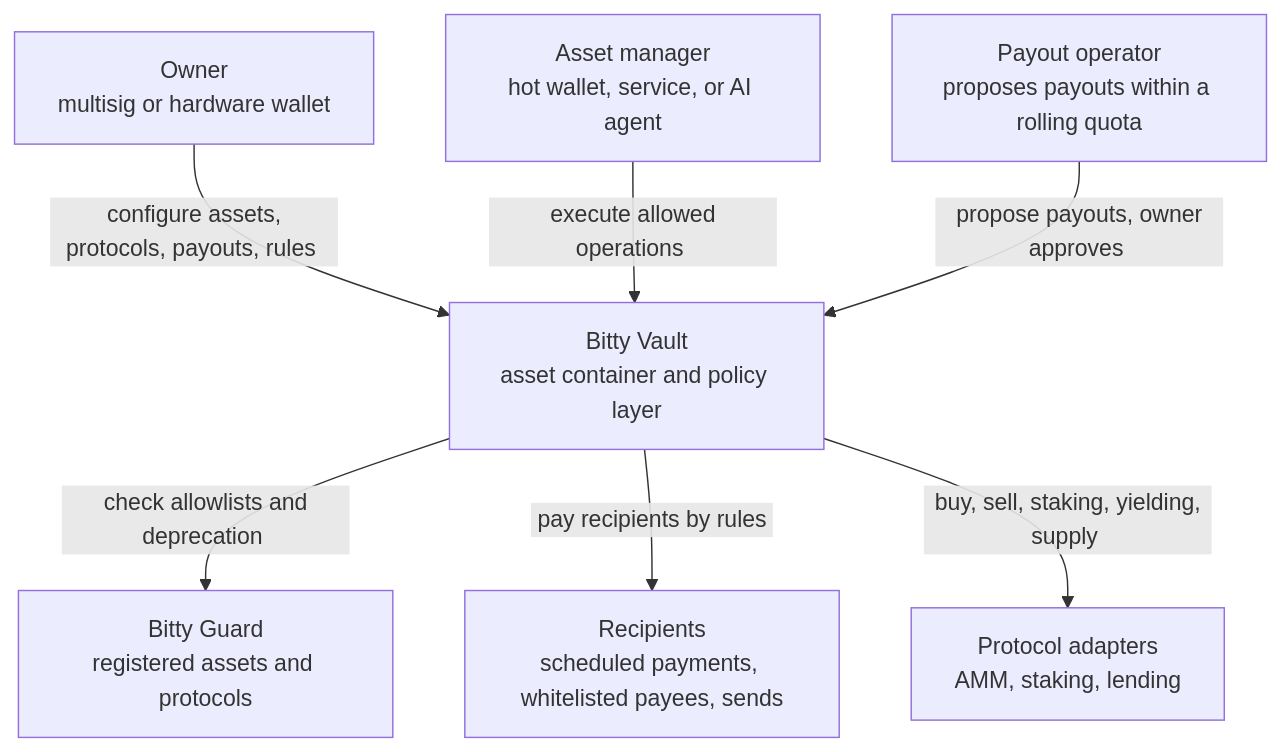
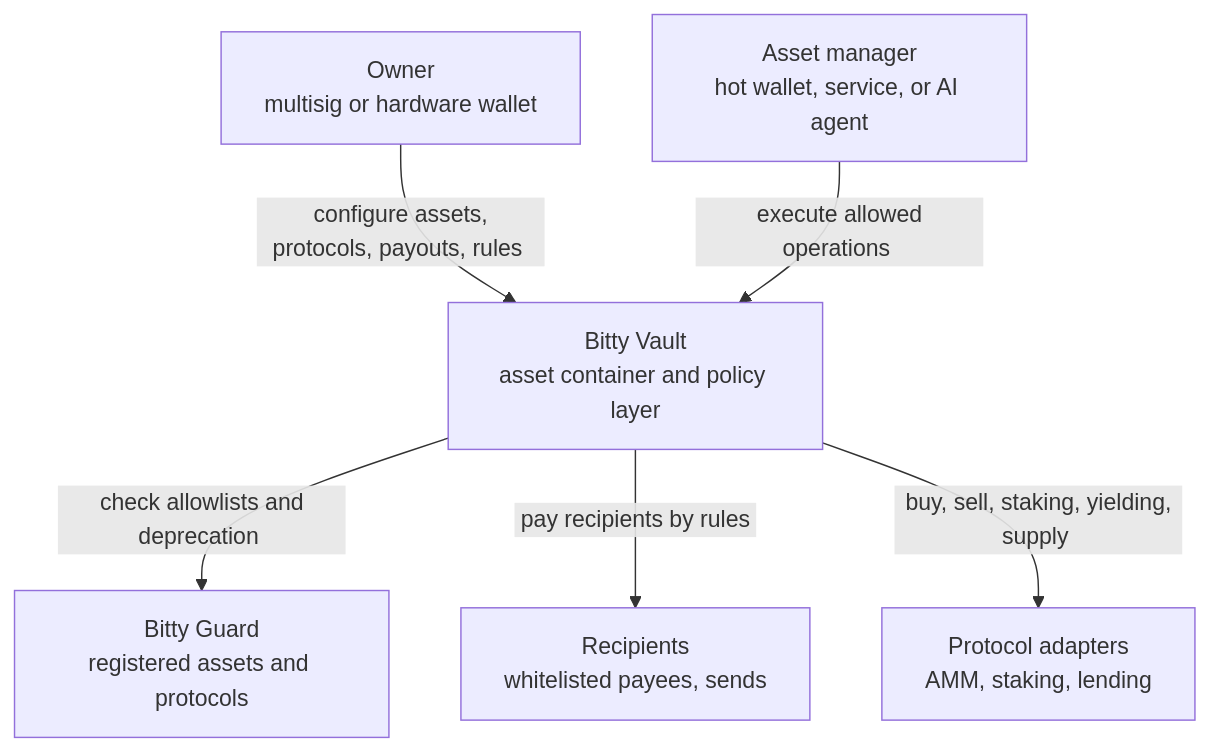
The diagram in README.md (BittyIO/vault), drawn with Mermaid before and after one commit. The commit also changed other lines of this file and 68 other files, not shown here.

Commit message:
remove scheduled payment and payout operator, and fix audit bugs

````diff
--- a/README.md
+++ b/README.md
@@ -7,17 +7,15 @@
 ```mermaid
 flowchart TB
     Owner["Owner<br/>multisig or hardware wallet"]
     AssetManager["Asset manager<br/>hot wallet, service, or AI agent"]
-    PayoutOperator["Payout operator<br/>proposes payouts within a rolling quota"]
     Vault["Bitty Vault<br/>asset container and policy layer"]
     Guard["Bitty Guard<br/>registered assets and protocols"]
-    Recipients["Recipients<br/>scheduled payments, whitelisted payees, sends"]
+    Recipients["Recipients<br/>whitelisted payees, sends"]
     Protocols["Protocol adapters<br/>AMM, staking, lending"]
 
     Owner -->|"&nbsp;configure assets, protocols, payouts, rules&nbsp;"| Vault
     AssetManager -->|"&nbsp;execute allowed operations&nbsp;"| Vault
-    PayoutOperator -->|"&nbsp;propose payouts, owner approves&nbsp;"| Vault
     Vault -->|"&nbsp;check allowlists and deprecation&nbsp;"| Guard
     Vault -->|"&nbsp;pay recipients by rules&nbsp;"| Recipients
     Vault -->|"&nbsp;buy, sell, staking, yielding, supply&nbsp;"| Protocols
 ```
````
